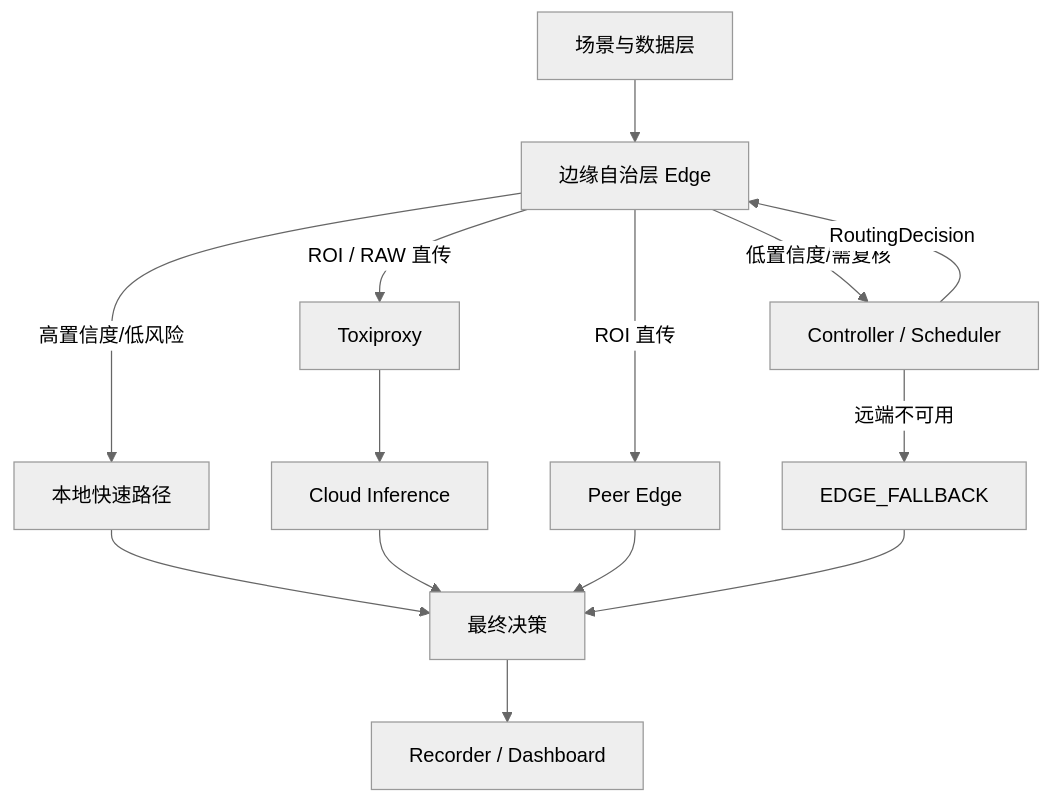
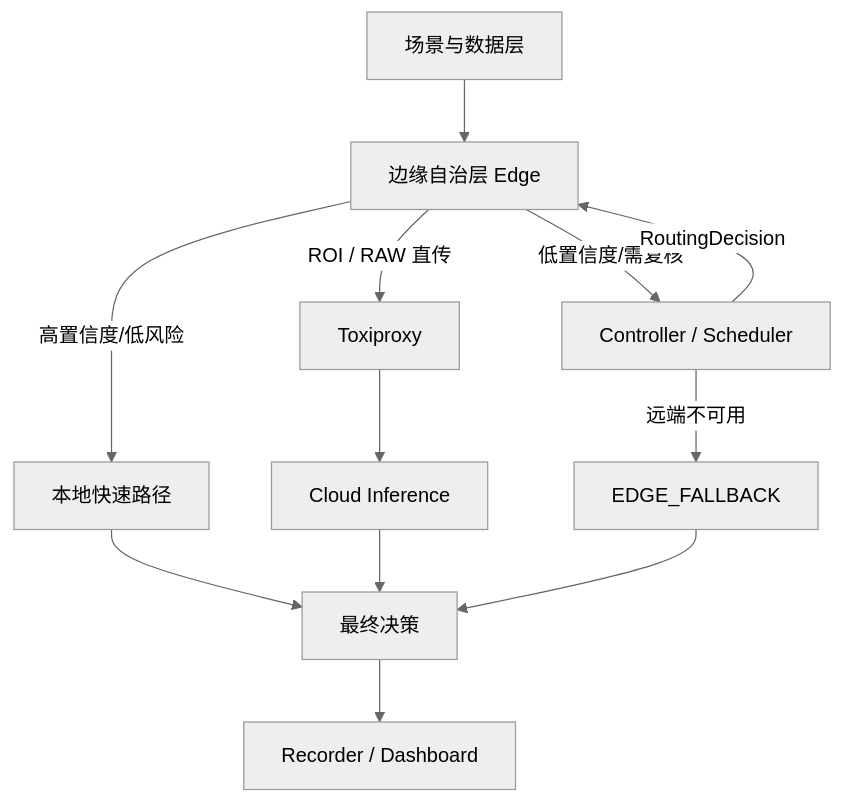
One commit to jry21223/cloud-edge-decision-system changed the diagram in README.md. Above: the diagram before and after it, drawn with Mermaid (neutral theme). The commit also changed other lines of this file and 16 other files, not shown here.

````diff
--- a/README.md
+++ b/README.md
@@ -15,16 +14,14 @@
 ```mermaid
 flowchart TB
     A[场景与数据层] --> B[边缘自治层 Edge]
     B -->|高置信度/低风险| C[本地快速路径]
     B -->|低置信度/需复核| D[Controller / Scheduler]
     D -->|RoutingDecision| B
     B -->|ROI / RAW 直传| E[Toxiproxy]
     E --> F[Cloud Inference]
-    B -->|ROI 直传| G[Peer Edge]
     D -->|远端不可用| H[EDGE_FALLBACK]
     C --> I[最终决策]
     F --> I
-    G --> I
     H --> I
     I --> J[Recorder / Dashboard]
 ```
````
